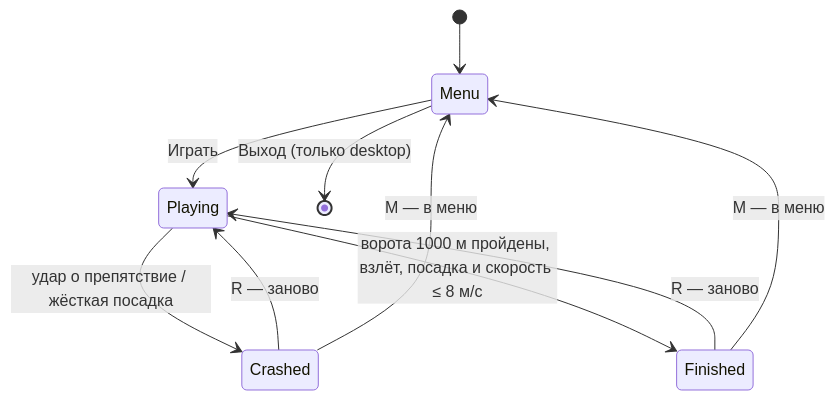
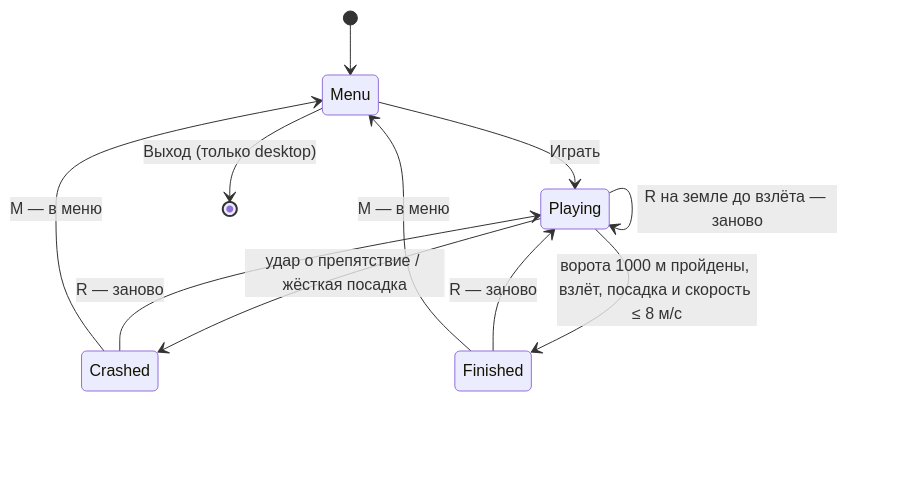
One commit to maratnek/claude-try-first changed the second of 2 diagrams in docs/ARCHITECTURE.md. Above: the diagram before and after it, drawn with Mermaid. The commit also changed 1 other file, not shown here.

Commit message:
Let R restart a run that is still on the ground before first takeoff

````diff
--- a/docs/ARCHITECTURE.md
+++ b/docs/ARCHITECTURE.md
@@ -78,12 +78,13 @@
 ```mermaid
 stateDiagram-v2
     [*] --> Menu
     Menu --> Playing: Играть
     Playing --> Crashed: удар о препятствие / жёсткая посадка
     Crashed --> Playing: R — заново
+    Playing --> Playing: R на земле до взлёта — заново
     Crashed --> Menu: M — в меню
     Playing --> Finished: ворота 1000 м пройдены, взлёт, посадка и скорость ≤ 8 м/с
     Finished --> Playing: R — заново
     Finished --> Menu: M — в меню
     Menu --> [*]: Выход (только desktop)
 ```
````
